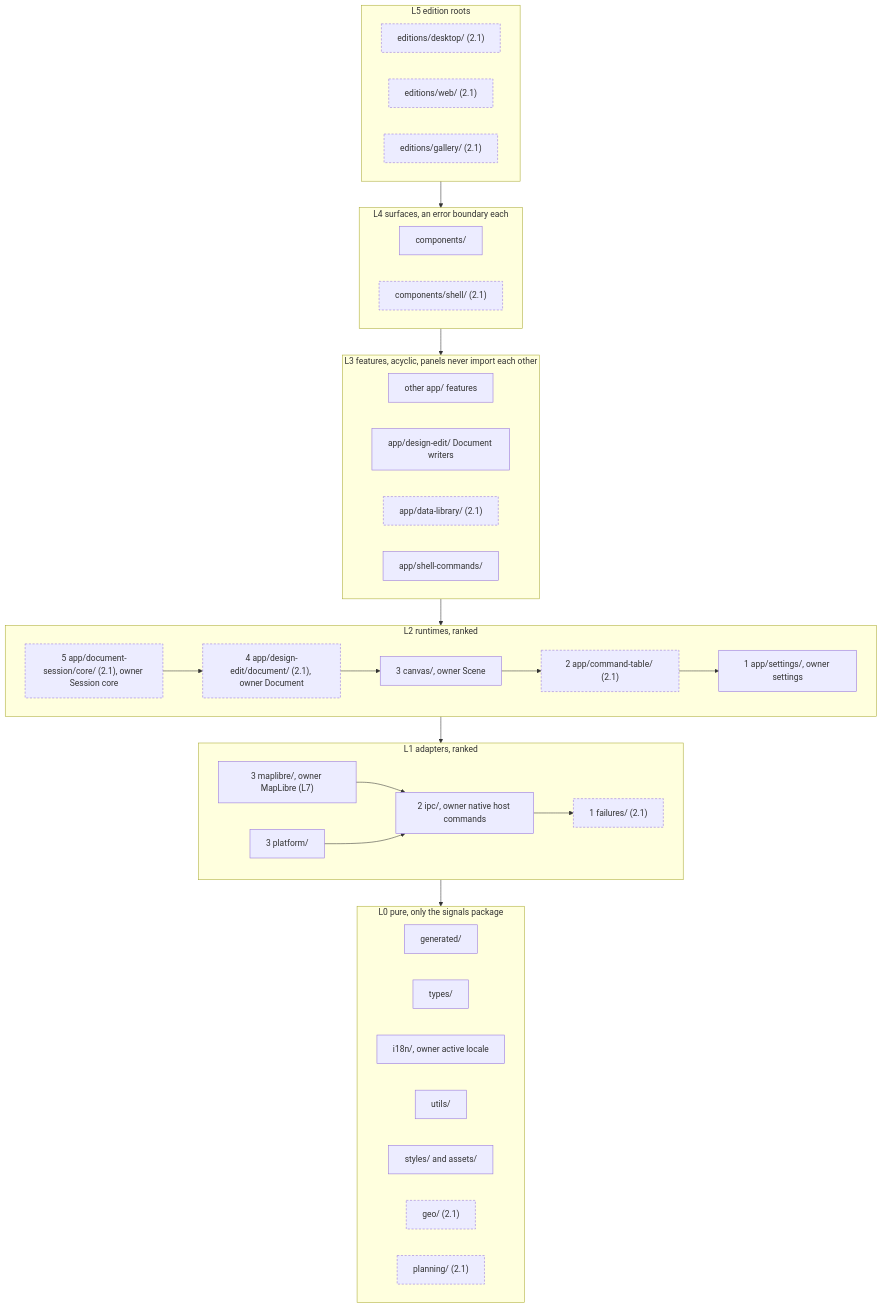
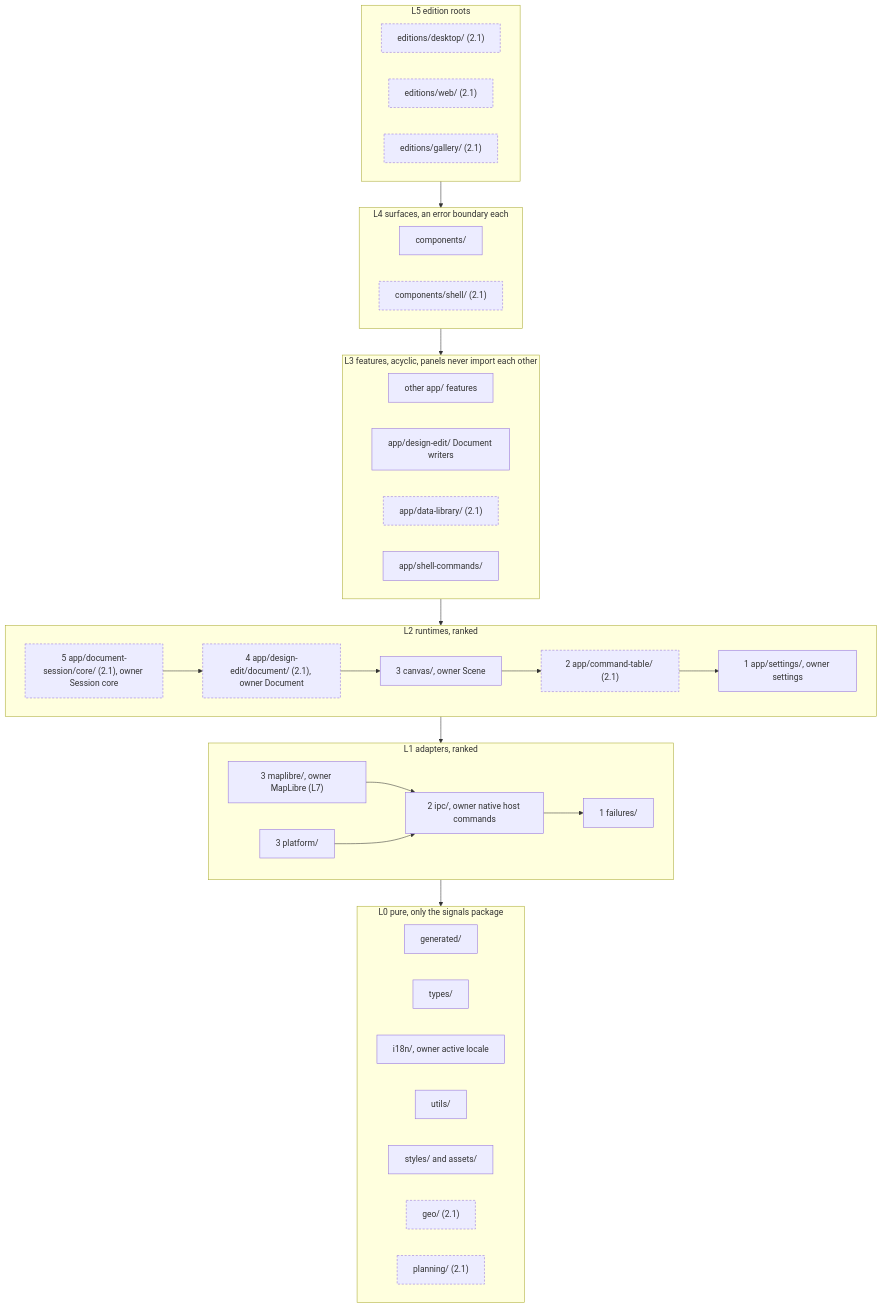
The fourth of 8 diagrams in docs/architecture/components.md (opencanopi/canopi), drawn with Mermaid before and after one commit. The commit also changed other lines of this file and 3 other files, not shown here.

Commit message:
docs(architecture): commit 0's built shells lose their planned marks; contracts F23 counts are today's ratchet values (canopi-f47t.52.35)

````diff
--- a/docs/architecture/components.md
+++ b/docs/architecture/components.md
@@ -148,53 +148,53 @@
 ```mermaid
 flowchart TB
   classDef target stroke-dasharray: 4 3
   subgraph L5["L5 edition roots"]
     ed["editions/desktop/ (2.1)"]:::target
     ew["editions/web/ (2.1)"]:::target
     eg["editions/gallery/ (2.1)"]:::target
   end
   subgraph L4["L4 surfaces, an error boundary each"]
     comp["components/"]
     shellc["components/shell/ (2.1)"]:::target
   end
   subgraph L3["L3 features, acyclic, panels never import each other"]
     feat["other app/ features"]
     dedit["app/design-edit/ Document writers"]
     dlib["app/data-library/ (2.1)"]:::target
     sc["app/shell-commands/"]
   end
   subgraph L2["L2 runtimes, ranked"]
     set["1 app/settings/, owner settings"]
     cmd["2 app/command-table/ (2.1)"]:::target
     can["3 canvas/, owner Scene"]
     doc["4 app/design-edit/document/ (2.1), owner Document"]:::target
     core["5 app/document-session/core/ (2.1), owner Session core"]:::target
   end
   subgraph L1["L1 adapters, ranked"]
-    fail["1 failures/ (2.1)"]:::target
+    fail["1 failures/"]
     ipc["2 ipc/, owner native host commands"]
     ml["3 maplibre/, owner MapLibre (L7)"]
     plat["3 platform/"]
   end
   subgraph L0["L0 pure, only the signals package"]
     gen["generated/"]
     types["types/"]
     i18n["i18n/, owner active locale"]
     utils["utils/"]
     sty["styles/ and assets/"]
     geo["geo/ (2.1)"]:::target
     plan["planning/ (2.1)"]:::target
   end
   L5 --> L4
   L4 --> L3
   L3 --> L2
   L2 --> L1
   L1 --> L0
   core --> doc
   doc --> can
   can --> cmd
   cmd --> set
   ml --> ipc
   plat --> ipc
   ipc --> fail
 ```
````
